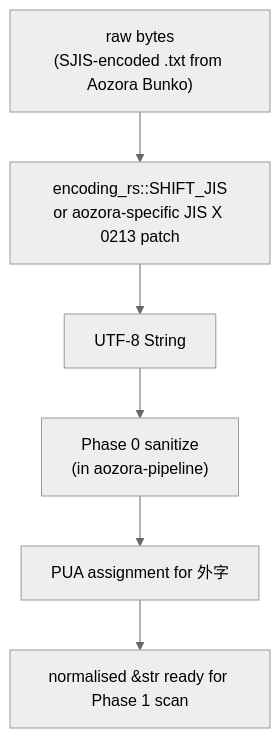
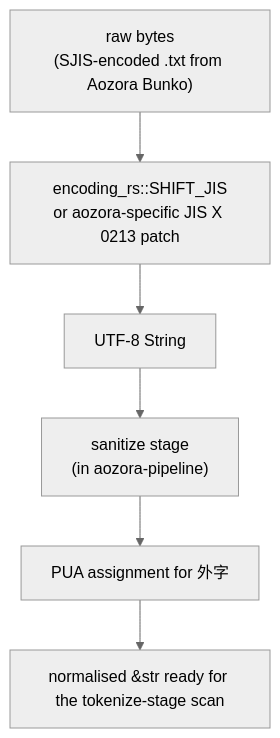
One commit to P4suta/aozora changed the diagram in crates/aozora-book/src/arch/encoding.md. Above: the diagram before and after it, drawn with Mermaid (neutral theme). The commit also changed other lines of this file and 174 other files, not shown here.

````diff
--- a/crates/aozora-book/src/arch/encoding.md
+++ b/crates/aozora-book/src/arch/encoding.md
@@ -16,11 +16,11 @@
 ```mermaid
 flowchart TD
     raw["raw bytes<br/>(SJIS-encoded .txt from Aozora Bunko)"]
     sjis["encoding_rs::SHIFT_JIS<br/>or aozora-specific JIS X 0213 patch"]
     utf8["UTF-8 String"]
-    sanitize["Phase 0 sanitize<br/>(in aozora-pipeline)"]
+    sanitize["sanitize stage<br/>(in aozora-pipeline)"]
     pua["PUA assignment for 外字"]
-    classified["normalised &str ready for Phase 1 scan"]
+    classified["normalised &str ready for the tokenize-stage scan"]
 
     raw --> sjis --> utf8 --> sanitize --> pua --> classified
 ```
````
